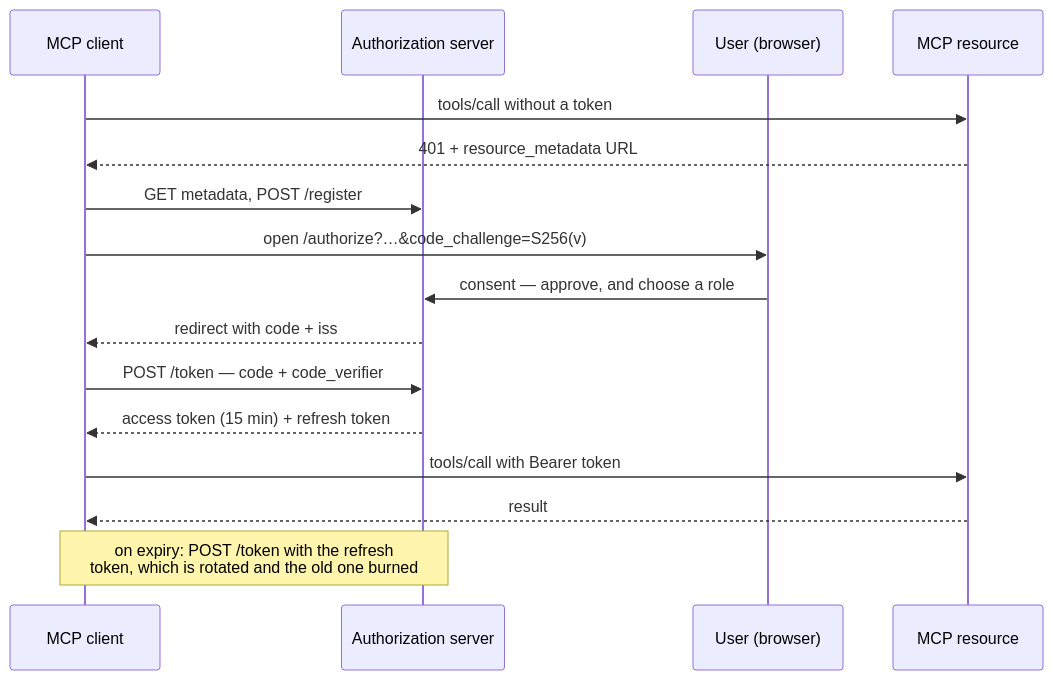
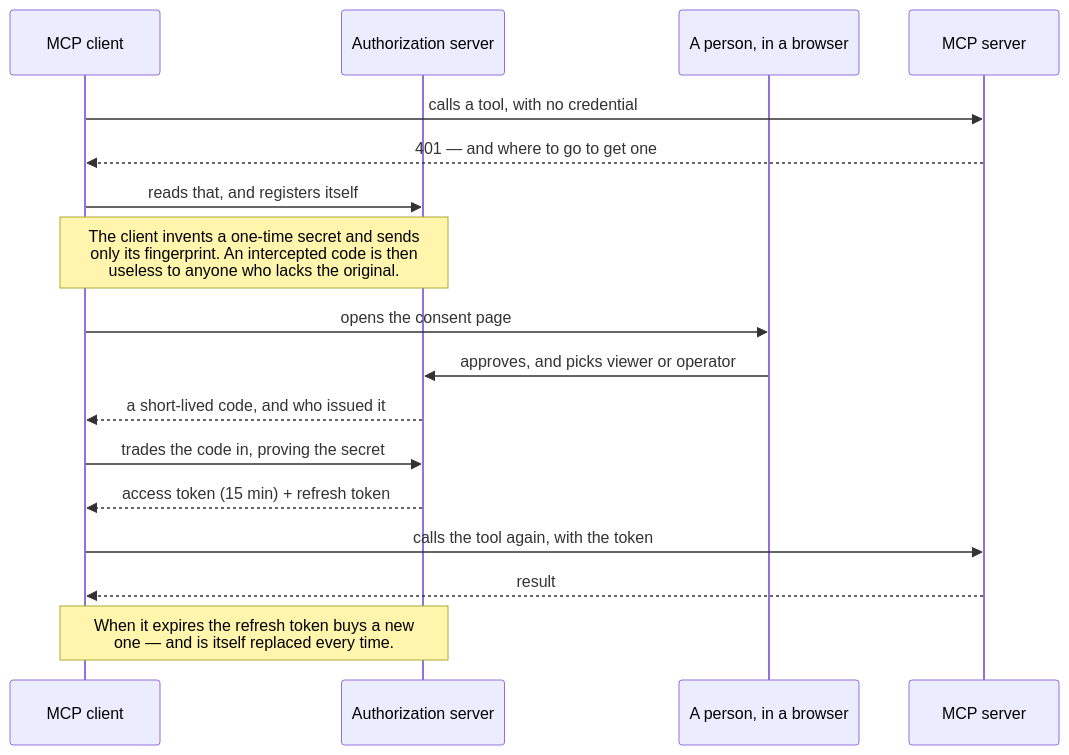
Before and after one commit to galshohat/fb-pse-assignment: the second of 2 diagrams in docs/MCP.md, drawn with Mermaid. The commit also changed other lines of this file and 6 other files, not shown here.

````diff
--- a/docs/MCP.md
+++ b/docs/MCP.md
@@ -143,19 +143,20 @@
 ```mermaid
 sequenceDiagram
     participant C as MCP client
     participant AS as Authorization server
-    participant U as User (browser)
-    participant RS as MCP resource
+    participant U as A person, in a browser
+    participant RS as MCP server
 
-    C->>RS: tools/call without a token
-    RS-->>C: 401 + resource_metadata URL
-    C->>AS: GET metadata, POST /register
-    C->>U: open /authorize?…&code_challenge=S256(v)
-    U->>AS: consent — approve, and choose a role
-    AS-->>C: redirect with code + iss
-    C->>AS: POST /token — code + code_verifier
+    C->>RS: calls a tool, with no credential
+    RS-->>C: 401 — and where to go to get one
+    C->>AS: reads that, and registers itself
+    Note over C,AS: The client invents a one-time secret and sends<br/>only its fingerprint. An intercepted code is then<br/>useless to anyone who lacks the original.
+    C->>U: opens the consent page
+    U->>AS: approves, and picks viewer or operator
+    AS-->>C: a short-lived code, and who issued it
+    C->>AS: trades the code in, proving the secret
     AS-->>C: access token (15 min) + refresh token
-    C->>RS: tools/call with Bearer token
+    C->>RS: calls the tool again, with the token
     RS-->>C: result
-    Note over C,AS: on expiry: POST /token with the refresh<br/>token, which is rotated and the old one burned
+    Note over C,AS: When it expires the refresh token buys a new<br/>one — and is itself replaced every time.
 ```
````
